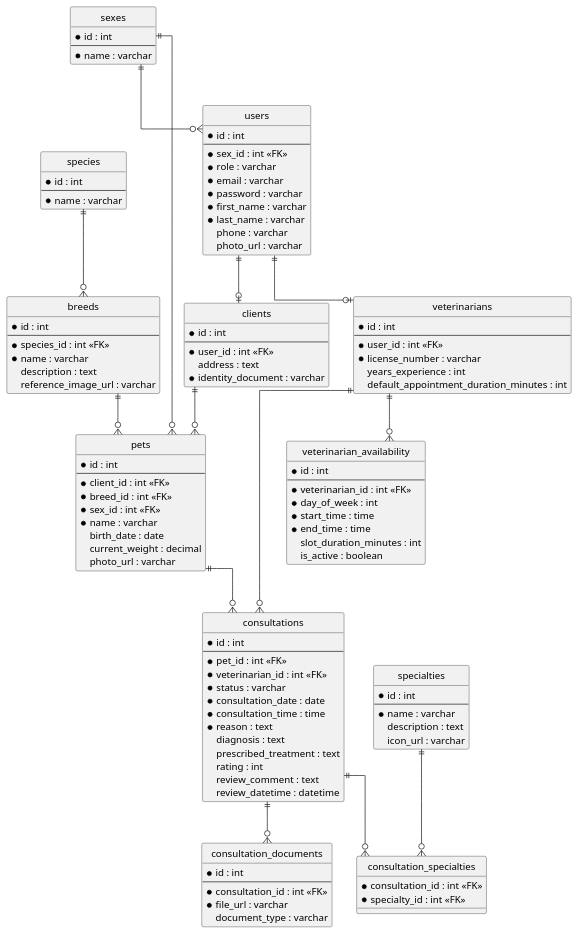
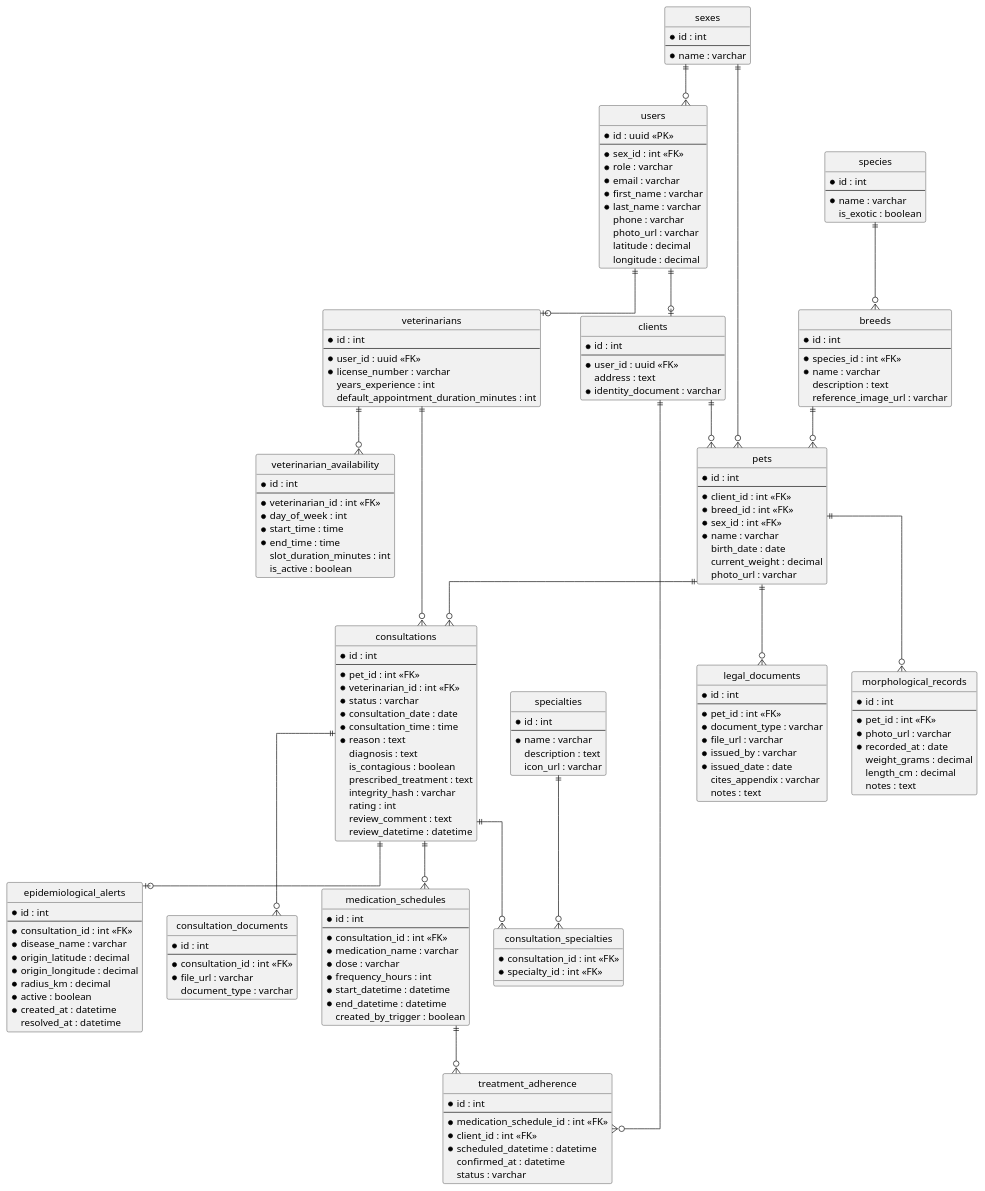
One commit to W1llpr0/prograMovil changed the diagram in schema.puml. Above: the diagram before and after it, drawn with PlantUML. The commit also changed 4 other files, not shown here.

```diff
--- a/schema.puml
+++ b/schema.puml
@@ -12,22 +12,23 @@
 }
 
 entity "users" {
-  * id : int
+  * id : uuid <<PK>>
   --
   * sex_id : int <<FK>>
   * role : varchar
   * email : varchar
-  * password : varchar
   * first_name : varchar
   * last_name : varchar
   phone : varchar
   photo_url : varchar
+  latitude : decimal
+  longitude : decimal
 }
 
 entity "clients" {
   * id : int
   --
-  * user_id : int <<FK>>
+  * user_id : uuid <<FK>>
   address : text
   * identity_document : varchar
 }
@@ -35,7 +36,7 @@
 entity "veterinarians" {
   * id : int
   --
-  * user_id : int <<FK>>
+  * user_id : uuid <<FK>>
   * license_number : varchar
   years_experience : int
   default_appointment_duration_minutes : int
@@ -45,6 +46,7 @@
   * id : int
   --
   * name : varchar
+  is_exotic : boolean
 }
 
 entity "breeds" {
@@ -86,7 +88,9 @@
   * consultation_time : time
   * reason : text
   diagnosis : text
+  is_contagious : boolean
   prescribed_treatment : text
+  integrity_hash : varchar
   rating : int
   review_comment : text
   review_datetime : datetime
@@ -116,6 +120,66 @@
   * specialty_id : int <<FK>>
 }
 
+' --- NUEVAS TABLAS ---
+
+entity "medication_schedules" {
+  * id : int
+  --
+  * consultation_id : int <<FK>>
+  * medication_name : varchar
+  * dose : varchar
+  * frequency_hours : int
+  * start_datetime : datetime
+  * end_datetime : datetime
+  created_by_trigger : boolean
+}
+
+entity "treatment_adherence" {
+  * id : int
+  --
+  * medication_schedule_id : int <<FK>>
+  * client_id : int <<FK>>
+  * scheduled_datetime : datetime
+  confirmed_at : datetime
+  status : varchar
+}
+
+entity "epidemiological_alerts" {
+  * id : int
+  --
+  * consultation_id : int <<FK>>
+  * disease_name : varchar
+  * origin_latitude : decimal
+  * origin_longitude : decimal
+  * radius_km : decimal
+  * active : boolean
+  * created_at : datetime
+  resolved_at : datetime
+}
+
+entity "morphological_records" {
+  * id : int
+  --
+  * pet_id : int <<FK>>
+  * photo_url : varchar
+  * recorded_at : date
+  weight_grams : decimal
+  length_cm : decimal
+  notes : text
+}
+
+entity "legal_documents" {
+  * id : int
+  --
+  * pet_id : int <<FK>>
+  * document_type : varchar
+  * file_url : varchar
+  * issued_by : varchar
+  * issued_date : date
+  cites_appendix : varchar
+  notes : text
+}
+
 ' Relaciones de Autenticación y Perfil Único
 sexes ||--o{ users
 sexes ||--o{ pets
@@ -135,4 +199,12 @@
 consultations ||--o{ consultation_specialties
 specialties ||--o{ consultation_specialties
 
+' Nuevas relaciones
+consultations ||--o{ medication_schedules
+medication_schedules ||--o{ treatment_adherence
+clients ||--o{ treatment_adherence
+consultations ||--o| epidemiological_alerts
+pets ||--o{ morphological_records
+pets ||--o{ legal_documents
+
 @enduml
```
